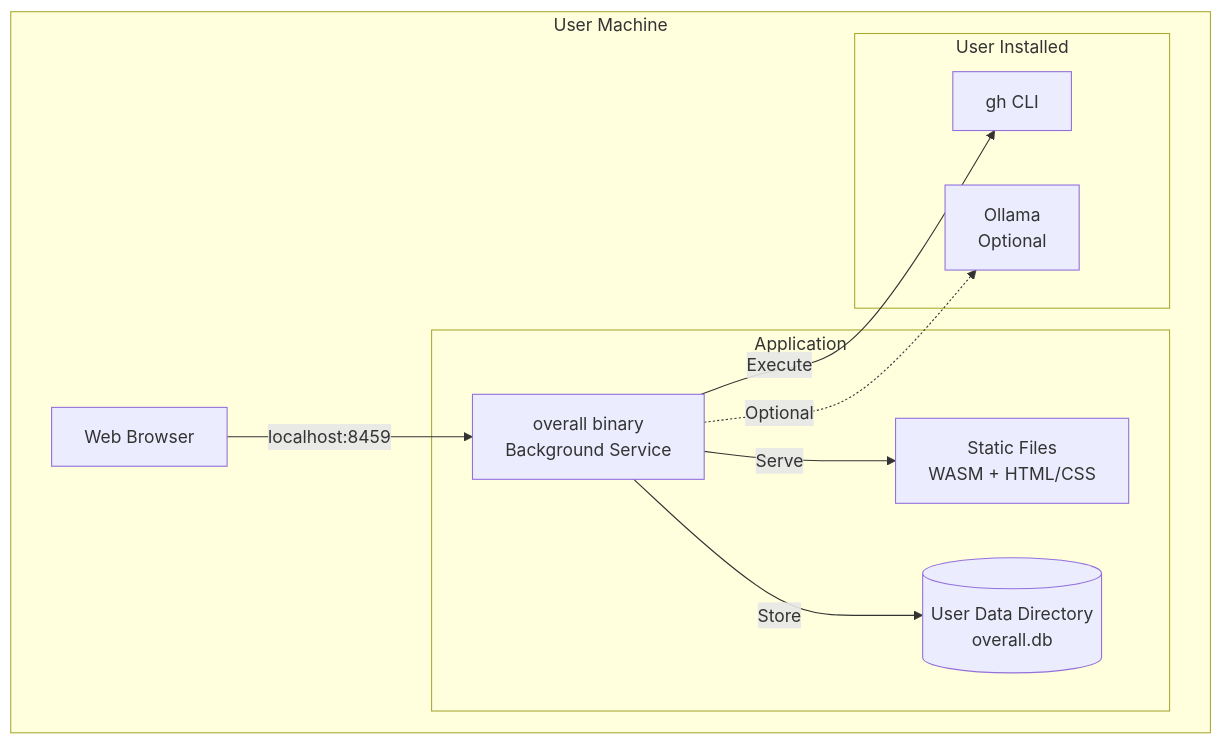
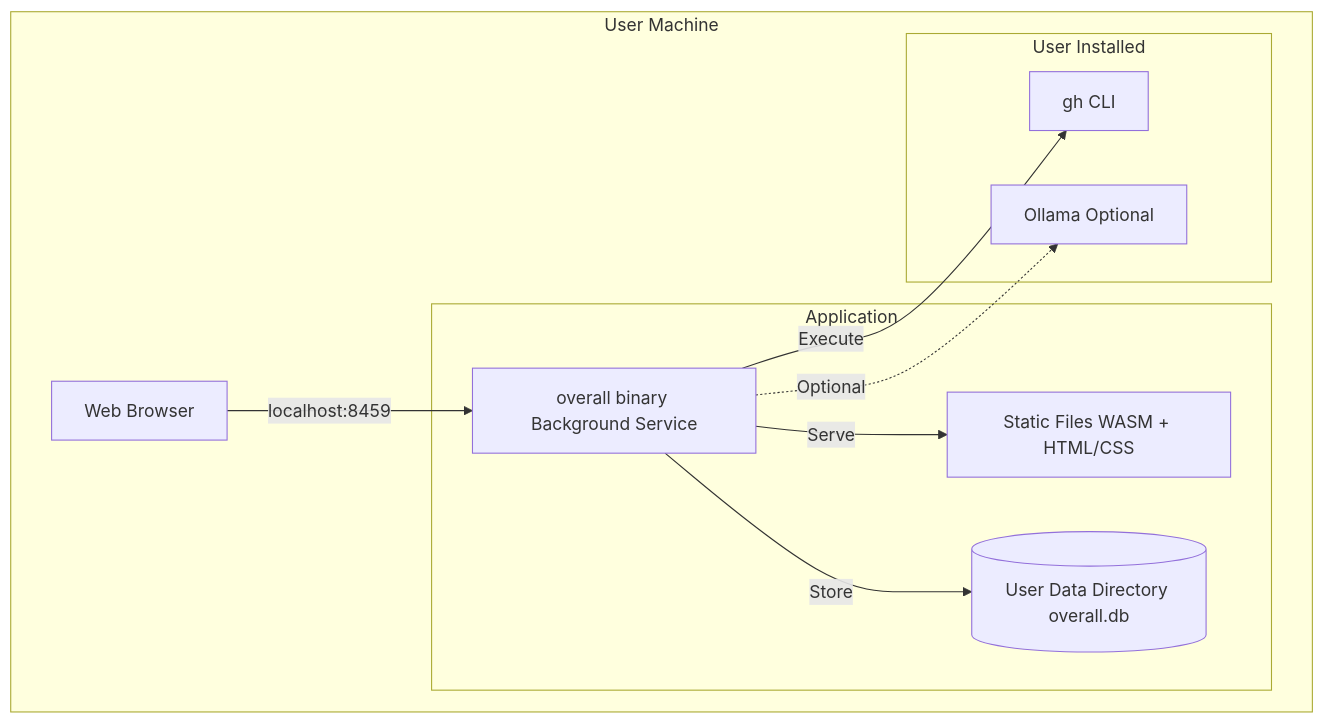
One commit to softwarewrighter/overall changed the sixth of 11 diagrams in wiki/Architecture-Overview.md. Above: the diagram before and after it, drawn with Mermaid. The commit also changed other lines of this file and 4 other files, not shown here.

First line of the commit message:
Fix wiki Mermaid diagrams: remove <br/> tags

````diff
--- a/wiki/Architecture-Overview.md
+++ b/wiki/Architecture-Overview.md
@@ -294,23 +294,23 @@
 ```mermaid
 graph TB
     subgraph "User Machine"
         Browser[Web Browser]
 
         subgraph "Application"
-            Server[overall binary<br/>Background Service]
-            DB[(User Data Directory<br/>overall.db)]
-            Static[Static Files<br/>WASM + HTML/CSS]
+            Server[overall binary Background Service]
+            DB[(User Data Directory overall.db)]
+            Static[Static Files WASM + HTML/CSS]
         end
 
         subgraph "User Installed"
             GH[gh CLI]
-            OL[Ollama<br/>Optional]
+            OL[Ollama Optional]
         end
 
         Browser -->|localhost:8459| Server
         Server -->|Serve| Static
         Server -->|Store| DB
         Server -->|Execute| GH
         Server -.->|Optional| OL
     end
 ```
````
